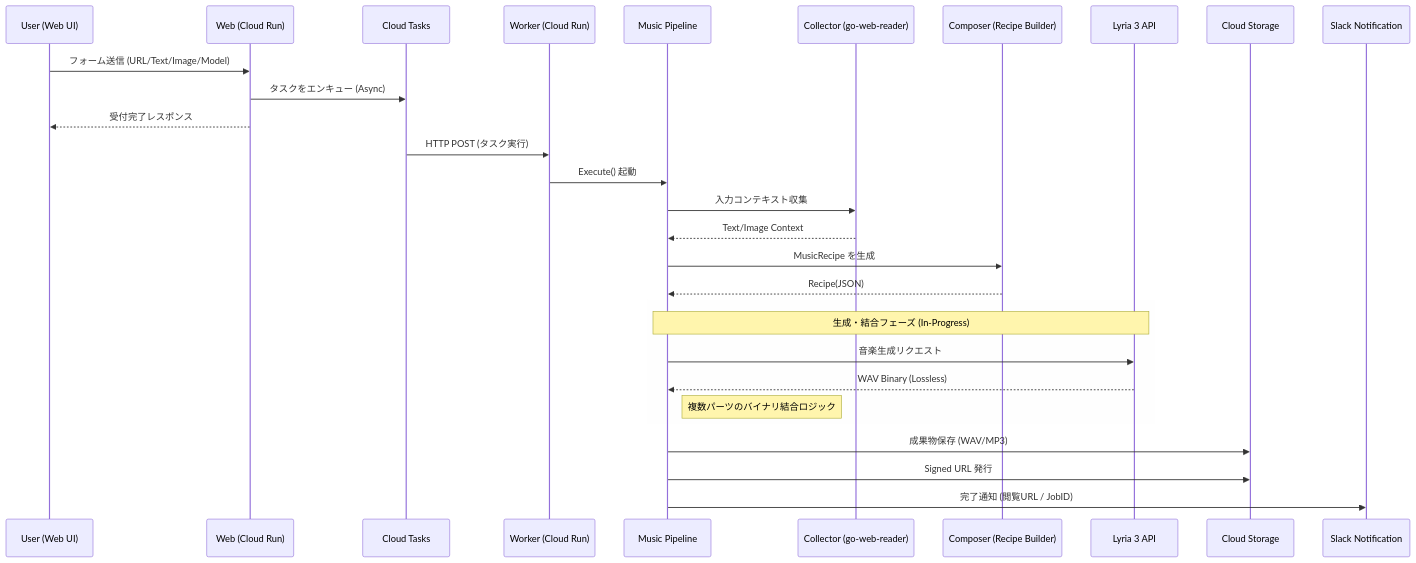
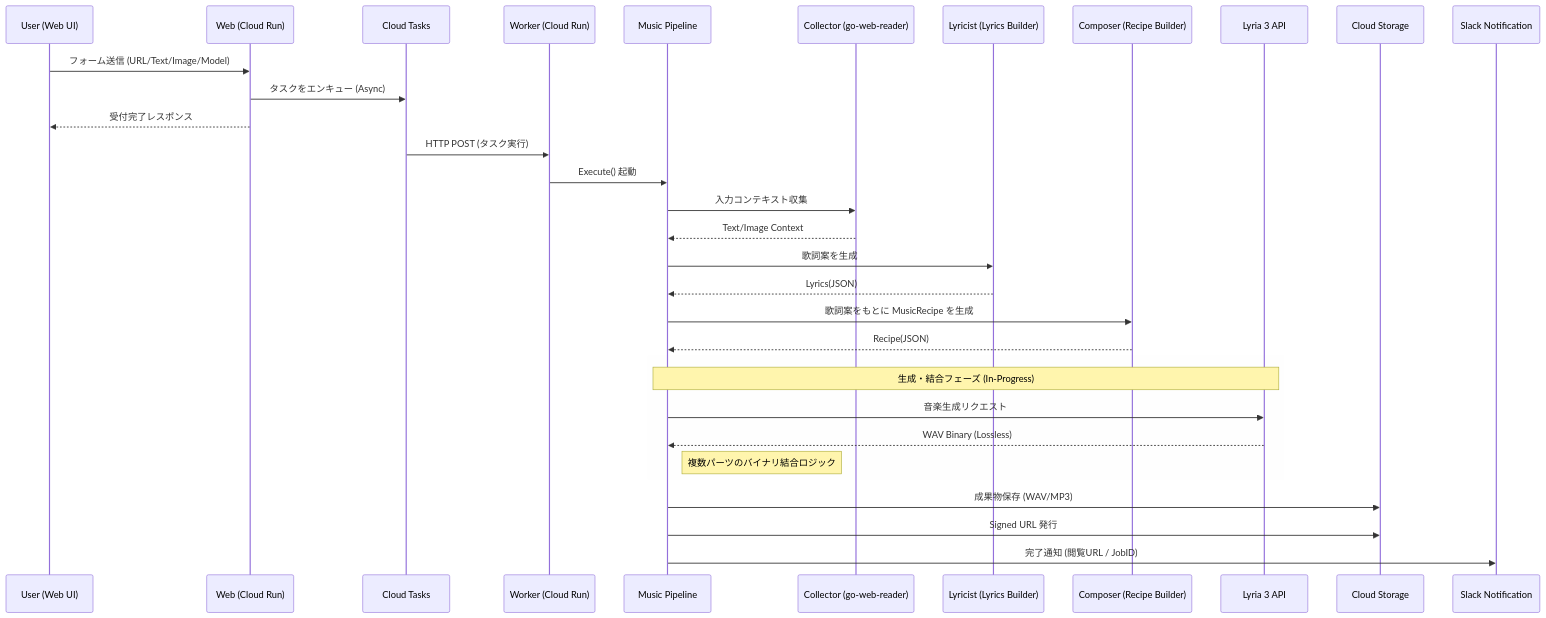
The diagram in README.md (shouni/ap-music), drawn with Mermaid before and after one commit. The commit also changed other lines of this file and 8 other files, not shown here.

Commit message:
Add lyrics generation support: new prompts, adapters, and domain models for streamlined integration into the music pipeline.

````diff
--- a/README.md
+++ b/README.md
@@ -146,36 +147,39 @@
 ```mermaid
 sequenceDiagram
     participant User as User (Web UI)
     participant Web as Web (Cloud Run)
     participant Queue as Cloud Tasks
     participant Worker as Worker (Cloud Run)
     participant Pipeline as Music Pipeline
     participant Collector as Collector (go-web-reader)
+    participant Lyricist as Lyricist (Lyrics Builder)
     participant Composer as Composer (Recipe Builder)
     participant Lyria as Lyria 3 API
     participant GCS as Cloud Storage
     participant Slack as Slack Notification
 
     User->>Web: フォーム送信 (URL/Text/Image/Model)
     Web->>Queue: タスクをエンキュー (Async)
     Web-->>User: 受付完了レスポンス
 
     Queue->>Worker: HTTP POST (タスク実行)
     Worker->>Pipeline: Execute() 起動
 
     Pipeline->>Collector: 入力コンテキスト収集
     Collector-->>Pipeline: Text/Image Context
-    Pipeline->>Composer: MusicRecipe を生成
+    Pipeline->>Lyricist: 歌詞案を生成
+    Lyricist-->>Pipeline: Lyrics(JSON)
+    Pipeline->>Composer: 歌詞案をもとに MusicRecipe を生成
     Composer-->>Pipeline: Recipe(JSON)
 
     rect rgba(240, 240, 240, 0.1)
         Note over Pipeline, Lyria: 生成・結合フェーズ (In-Progress)
         Pipeline->>Lyria: 音楽生成リクエスト
         Lyria-->>Pipeline: WAV Binary (Lossless)
         Note right of Pipeline: 複数パーツのバイナリ結合ロジック
      end
 
     Pipeline->>GCS: 成果物保存 (WAV/MP3)
     Pipeline->>GCS: Signed URL 発行
     Pipeline->>Slack: 完了通知 (閲覧URL / JobID)
 ```
````
